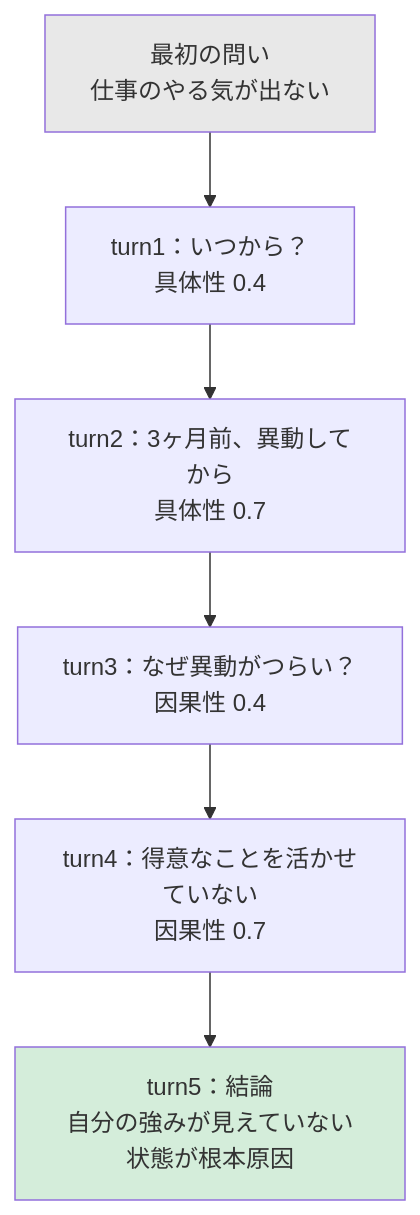
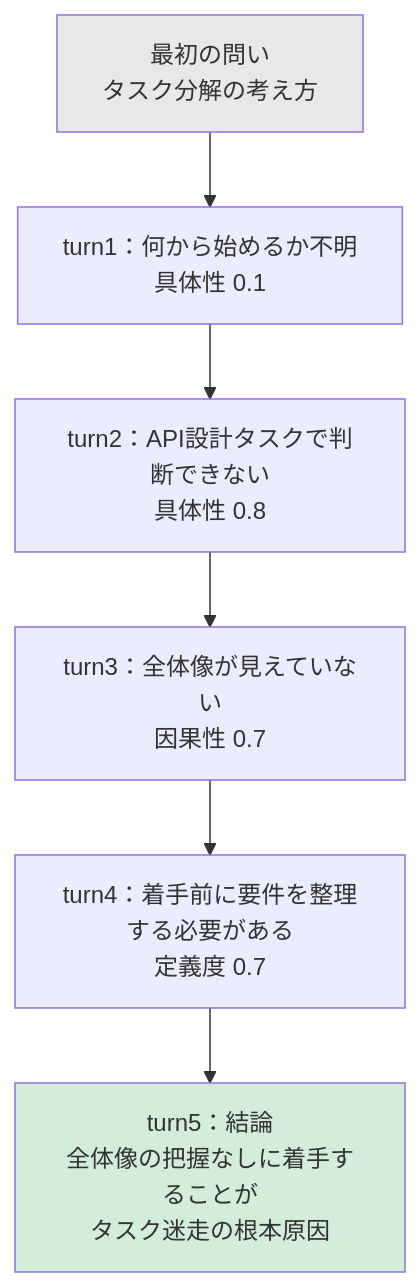
One commit to saneatu4060/deep-why changed the fifth of 5 diagrams in docs/03_internal_design.md. Above: the diagram before and after it, drawn with Mermaid. The commit also changed other lines of this file, not shown here.

````diff
--- a/docs/03_internal_design.md
+++ b/docs/03_internal_design.md
@@ -466,11 +520,11 @@
 ```mermaid
 graph TD
-    A["最初の問い<br/>仕事のやる気が出ない"] --> B["turn1：いつから？<br/>具体性 0.4"]
-    B --> C["turn2：3ヶ月前、異動してから<br/>具体性 0.7"]
-    C --> D["turn3：なぜ異動がつらい？<br/>因果性 0.4"]
-    D --> E["turn4：得意なことを活かせていない<br/>因果性 0.7"]
-    E --> F["turn5：結論<br/>自分の強みが見えていない状態が根本原因"]
+    A["最初の問い<br/>タスク分解の考え方"] --> B["turn1：何から始めるか不明<br/>具体性 0.1"]
+    B --> C["turn2：API設計タスクで判断できない<br/>具体性 0.8"]
+    C --> D["turn3：全体像が見えていない<br/>因果性 0.7"]
+    D --> E["turn4：着手前に要件を整理する必要がある<br/>定義度 0.7"]
+    E --> F["turn5：結論<br/>全体像の把握なしに着手することが\nタスク迷走の根本原因"]
 
     style A fill:#e8e8e8
     style F fill:#d4edda
 ```
````
